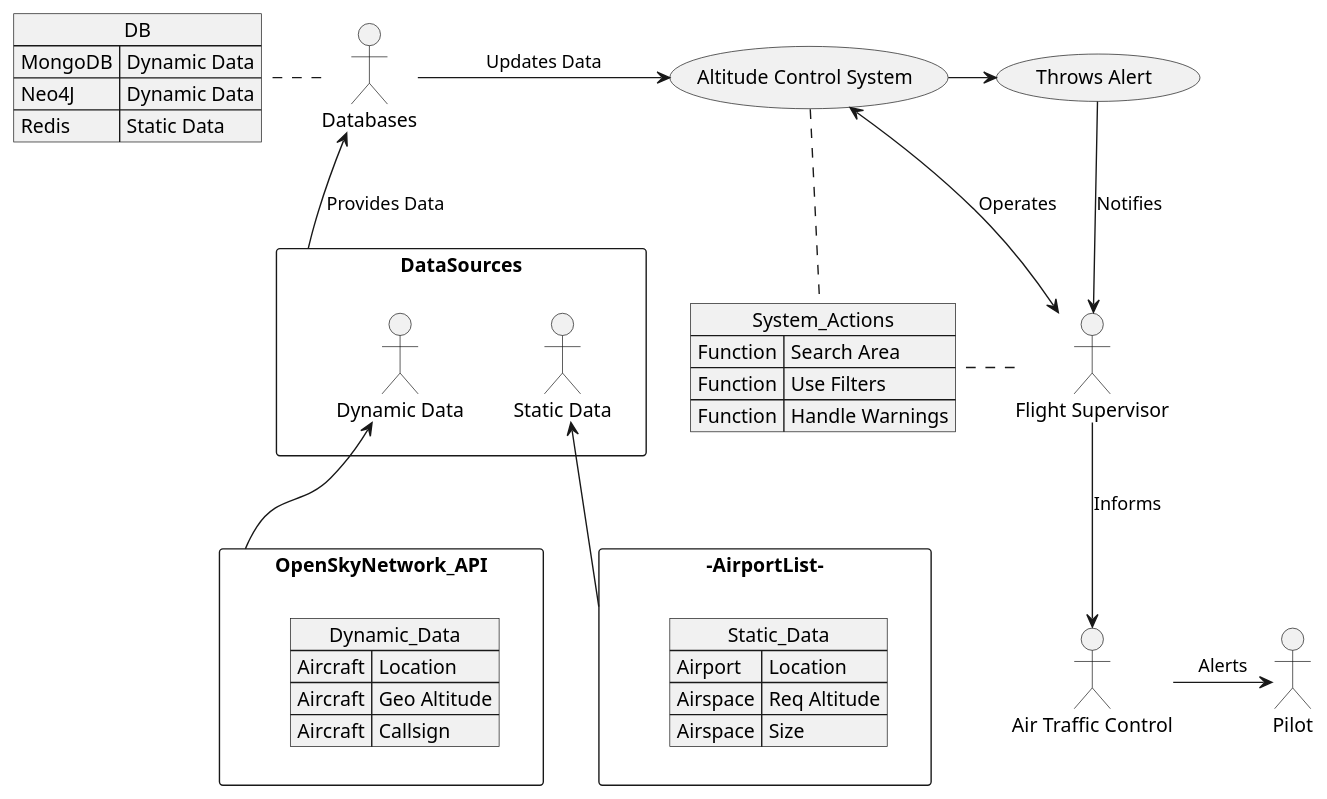
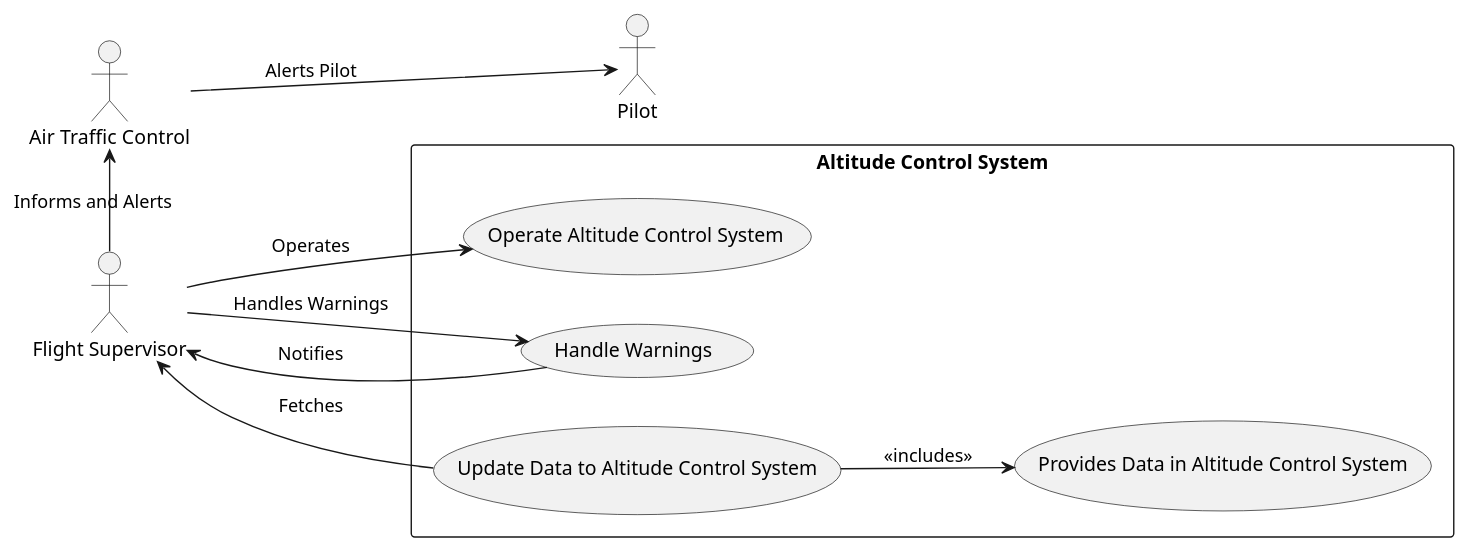
One commit to Spring-Roll-Sauerkraut-Squad/mergeme changed the diagram in use-cases/altitute-control/altitude-diagram.puml. Above: the diagram before and after it, drawn with PlantUML.

Commit message:
Updated UseCase Diagram

```diff
--- a/use-cases/altitute-control/altitude-diagram.puml
+++ b/use-cases/altitute-control/altitude-diagram.puml
@@ -1,65 +1,26 @@
 @startuml
+skinparam packageStyle rectangle
+'layout
+left to right direction
 
-(Altitude Control System)
-skinparam packageStyle rectangle
+'actors
+actor "Flight Supervisor" as FS
+actor "Air Traffic Control" as ATC
+actor "Pilot" as Pilot
 
-:Databases:
-
-rectangle DataSources {
-  :Databases: <-down- (DataSources) : Provides Data
-  :Dynamic Data:
-  :Static Data:
+'system
+rectangle "Altitude Control System" {
+    usecase "Update Data to Altitude Control System" as UC1
+    usecase "Provides Data in Altitude Control System" as UC2
+    usecase "Operate Altitude Control System" as UC3
+    usecase "Handle Warnings" as UC4
 }
 
-rectangle -AirportList- {
-   json Static_Data {
-     "Airport": "Location",
-     "Airspace": "Req Altitude",
-     "Airspace": "Size"
-   }
-}
-
-:-AirportList-: -up-> :Static Data:
-
-rectangle OpenSkyNetwork_API {
-   json Dynamic_Data {
-     "Aircraft": "Location",
-     "Aircraft": "Geo Altitude",
-     "Aircraft": "Callsign"
-   }
-}
-
-:OpenSkyNetwork_API: -up-> :Dynamic Data:
-
-json DB {
-"MongoDB": "Dynamic Data",
-"Neo4J": "Dynamic Data",
-"Redis": "Static Data"
-}
-
-:Databases: .left. DB
-:Databases: -right-> (Altitude Control System) : Updates Data
-
-:Pilot:
-
-:Air Traffic Control: <-up- :Flight Supervisor: : Informs
-:Air Traffic Control: -right-> :Pilot: : Alerts 
-
-:Flight Supervisor: <-up-> (Altitude Control System) : Operates
-
-(Altitude Control System) -right-> (Warning)
-
-"Throws Alert" as (Warning)
-
-(Warning) -down-> :Flight Supervisor: : Notifies
-
-json System_Actions {
-  "Function": "Search Area",
-  "Function": "Use Filters",
-  "Function": "Handle Warnings"
-}
-
-:System_Actions: .up. :Altitude Control System:
-:System_Actions: .right. :Flight Supervisor:
-
+FS <-down- UC1 : "Fetches"
+UC2 <-up- UC1 : "<<includes>>"
+FS -right-> UC3 : "Operates"
+FS -right-> UC4 : "Handles Warnings"
+UC4 -left-> FS : "Notifies"
+ATC -down-> Pilot : "Alerts Pilot"
+ATC <-right- FS : "Informs and Alerts"
 @enduml
```
